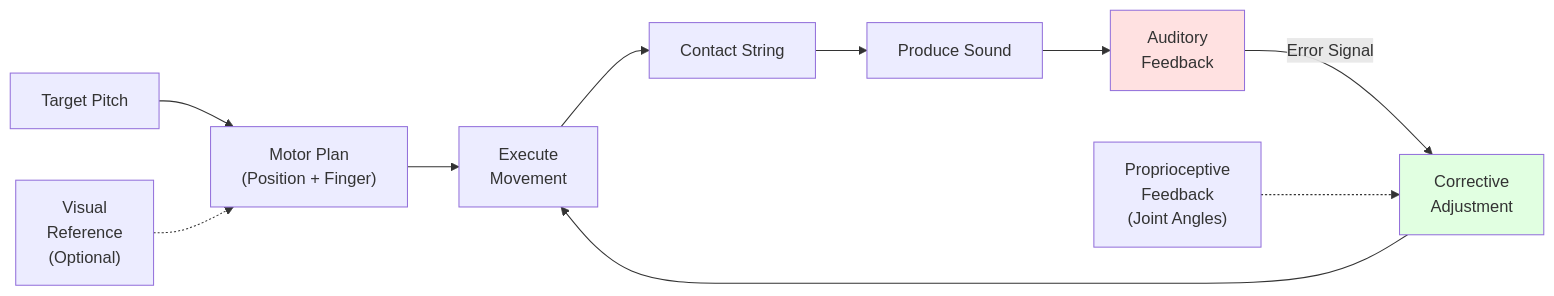
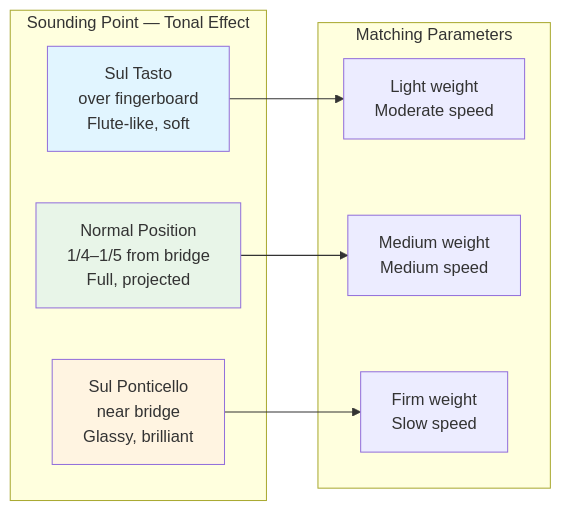
Before and after one commit to blebleblee/synapse: the third of 8 diagrams in topics/arts/music_performance/strings/lesson_01_string_techniques.md, drawn with Mermaid. The commit also changed other lines of this file and 4 other files, not shown here.

````diff
--- a/topics/arts/music_performance/strings/lesson_01_string_techniques.md
+++ b/topics/arts/music_performance/strings/lesson_01_string_techniques.md
@@ -92,16 +236,22 @@
 ```mermaid
-graph LR
-    A["Target Pitch"] --> B["Motor Plan<br/>(Position + Finger)"]
-    B --> C["Execute<br/>Movement"]
-    C --> D["Contact String"]
-    D --> E["Produce Sound"]
-    E --> F["Auditory<br/>Feedback"]
-    F -->|"Error Signal"| G["Corrective<br/>Adjustment"]
-    G --> C
-    
-    H["Proprioceptive<br/>Feedback<br/>(Joint Angles)"] -.-> G
-    I["Visual<br/>Reference<br/>(Optional)"] -.-> B
-    
-    style F fill:#ffe1e1
-    style G fill:#e1ffe1
+flowchart LR
+    subgraph sub_sp ["Sounding Point — Tonal Effect"]
+        SP1["Sul Tasto<br/>over fingerboard<br/>Flute-like, soft"]
+        SP2["Normal Position<br/>1/4–1/5 from bridge<br/>Full, projected"]
+        SP3["Sul Ponticello<br/>near bridge<br/>Glassy, brilliant"]
+    end
+
+    subgraph sub_params ["Matching Parameters"]
+        P1["Light weight<br/>Moderate speed"]
+        P2["Medium weight<br/>Medium speed"]
+        P3["Firm weight<br/>Slow speed"]
+    end
+
+    SP1 --> P1
+    SP2 --> P2
+    SP3 --> P3
+
+    style SP1 fill:#e1f5ff
+    style SP2 fill:#e8f5e8
+    style SP3 fill:#fff4e1
 ```
````
